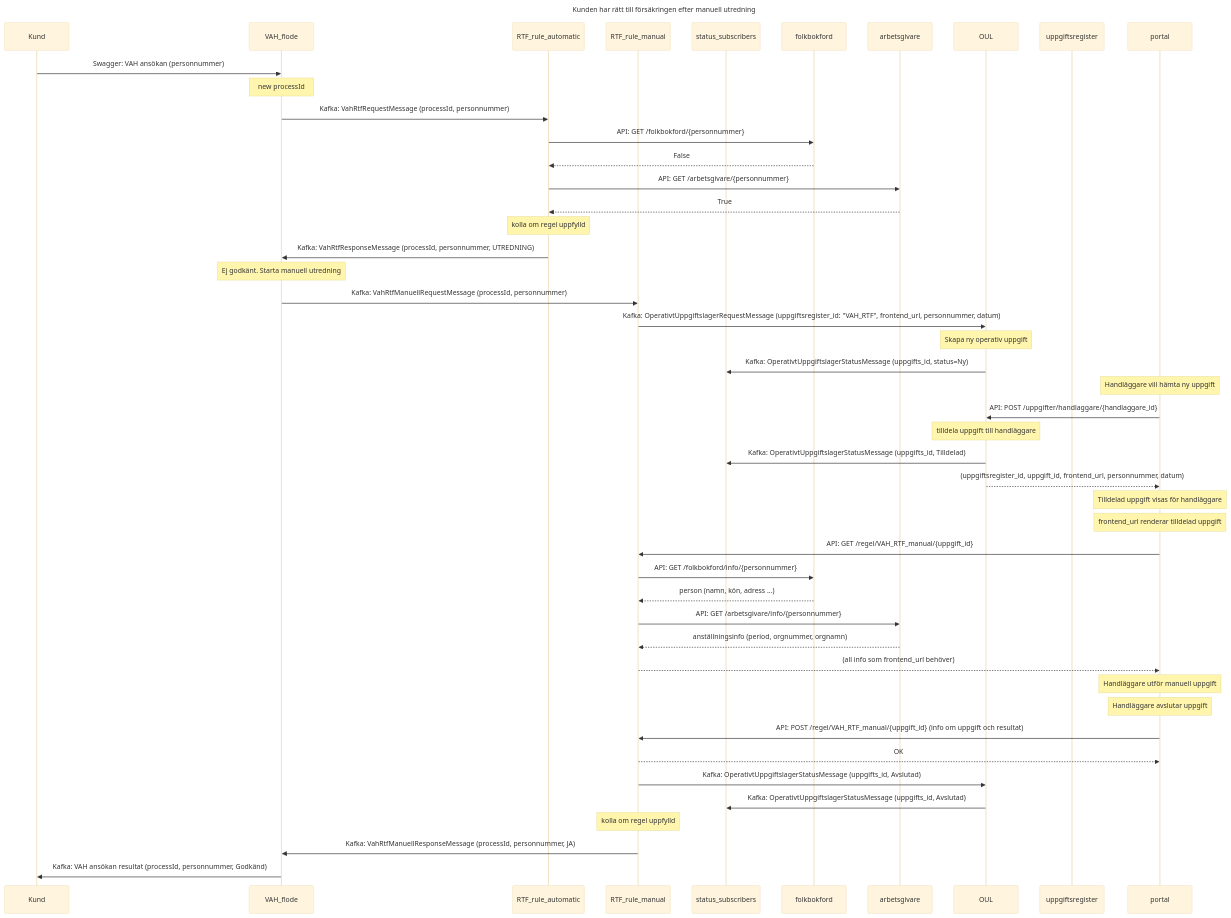
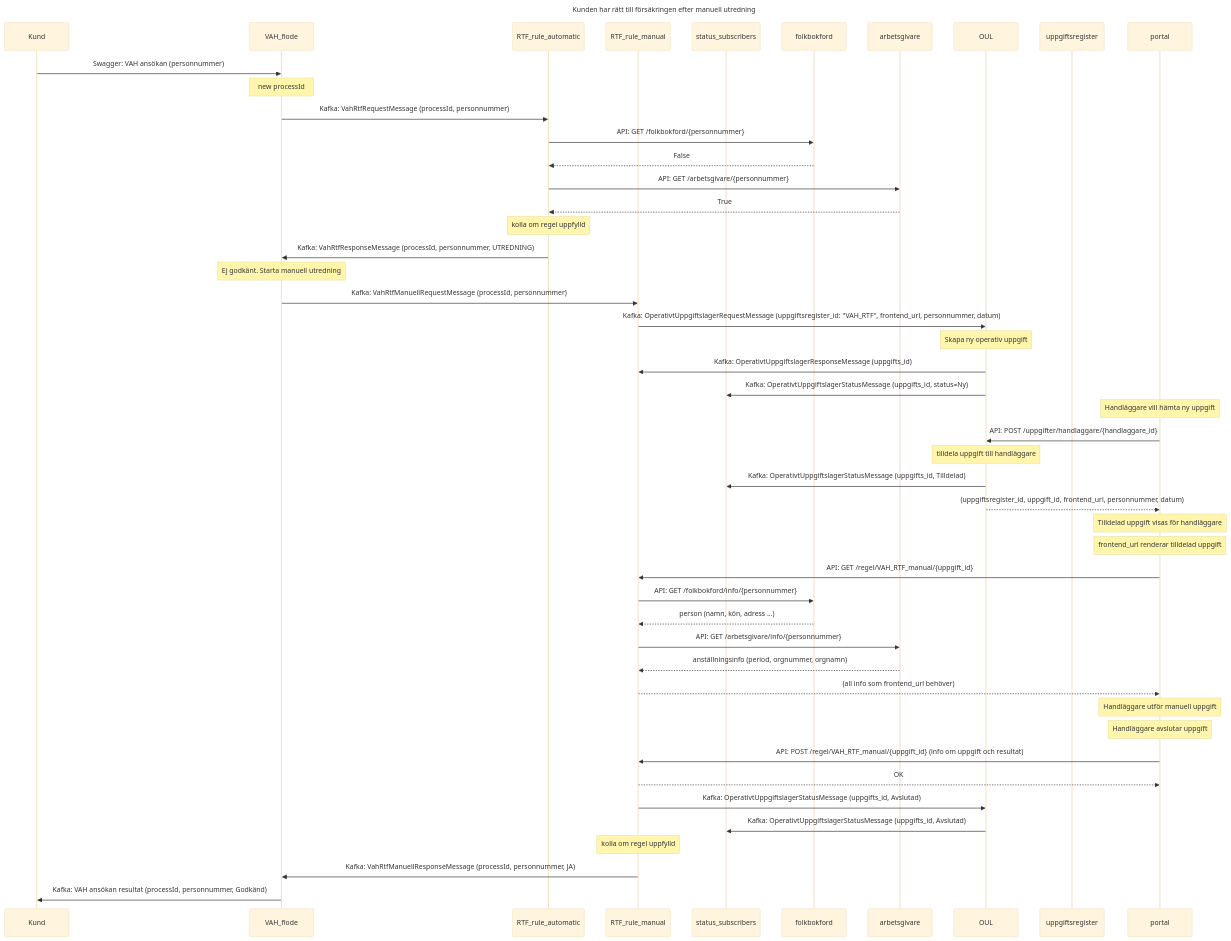
One commit to Forsakringskassan/rimfrost changed the diagram in sequences/ratt_till_forsakring_manuellt_datamodel.mmd. Above: the diagram before and after it, drawn with Mermaid (base theme).

Commit message:
fix: lägger tillbaka OperativtUppgiftslagerResponseMessage

```diff
--- a/sequences/ratt_till_forsakring_manuellt_datamodel.mmd
+++ b/sequences/ratt_till_forsakring_manuellt_datamodel.mmd
@@ -1,57 +1,58 @@
 sequenceDiagram
     title Kunden har rätt till försäkringen efter manuell utredning
     participant Kund
     participant VAH_flode
     participant RTF_rule_automatic
     participant RTF_rule_manual
     participant status_subscribers
     participant folkbokford
     participant arbetsgivare
     participant OUL
     participant uppgiftsregister
     participant portal
 
     Kund ->> VAH_flode: Swagger: VAH ansökan (personnummer)
     note over VAH_flode: new processId
     VAH_flode ->> RTF_rule_automatic: Kafka: VahRtfRequestMessage (processId, personnummer)
     RTF_rule_automatic ->> folkbokford: API: GET /folkbokford/{personnummer}
     folkbokford -->> RTF_rule_automatic: False
     RTF_rule_automatic ->> arbetsgivare: API:  GET /arbetsgivare/{personnummer}
     arbetsgivare -->> RTF_rule_automatic: True
     note over RTF_rule_automatic: kolla om regel uppfylld
     RTF_rule_automatic ->> VAH_flode: Kafka: VahRtfResponseMessage (processId, personnummer, UTREDNING)
     note over VAH_flode: Ej godkänt. Starta manuell utredning
 
     VAH_flode ->> RTF_rule_manual: Kafka: VahRtfManuellRequestMessage (processId, personnummer)
     RTF_rule_manual ->> OUL: Kafka: OperativtUppgiftslagerRequestMessage (uppgiftsregister_id: "VAH_RTF", frontend_url, personnummer, datum)
     note over OUL: Skapa ny operativ uppgift
+    OUL ->> RTF_rule_manual: Kafka: OperativtUppgiftslagerResponseMessage (uppgifts_id)
     OUL ->> status_subscribers: Kafka: OperativtUppgiftslagerStatusMessage (uppgifts_id, status=Ny)
     note over portal: Handläggare vill hämta ny uppgift
     portal ->> OUL: API: POST /uppgifter/handlaggare/{handlaggare_id}
     note over OUL: tilldela uppgift till handläggare
     OUL ->> status_subscribers: Kafka: OperativtUppgiftslagerStatusMessage (uppgifts_id, Tilldelad)
     OUL -->> portal: (uppgiftsregister_id, uppgift_id, frontend_url, personnummer, datum)
     note over portal: Tilldelad uppgift visas för handläggare
     note over portal: frontend_url renderar tilldelad uppgift
 
     portal ->> RTF_rule_manual: API: GET /regel/VAH_RTF_manual/{uppgift_id}
     RTF_rule_manual ->> folkbokford: API: GET /folkbokford/info/{personnummer}
     folkbokford -->> RTF_rule_manual: person (namn, kön, adress ...)
 
     RTF_rule_manual ->> arbetsgivare: API: GET /arbetsgivare/info/{personnummer}
     arbetsgivare -->> RTF_rule_manual: anställningsinfo (period, orgnummer, orgnamn)
 
     RTF_rule_manual -->> portal: (all info som frontend_url behöver)
 
     note over portal: Handläggare utför manuell uppgift
     note over portal: Handläggare avslutar uppgift
 
     portal ->>  RTF_rule_manual:API: POST /regel/VAH_RTF_manual/{uppgift_id} (info om uppgift och resultat)
     RTF_rule_manual -->> portal: OK
     RTF_rule_manual ->> OUL: Kafka: OperativtUppgiftslagerStatusMessage (uppgifts_id, Avslutad)
     OUL ->> status_subscribers: Kafka: OperativtUppgiftslagerStatusMessage (uppgifts_id, Avslutad)
 
     note over RTF_rule_manual: kolla om regel uppfylld
     RTF_rule_manual ->> VAH_flode: Kafka: VahRtfManuellResponseMessage (processId, personnummer, JA)
 
     VAH_flode ->> Kund: Kafka: VAH ansökan resultat (processId, personnummer, Godkänd)
```
